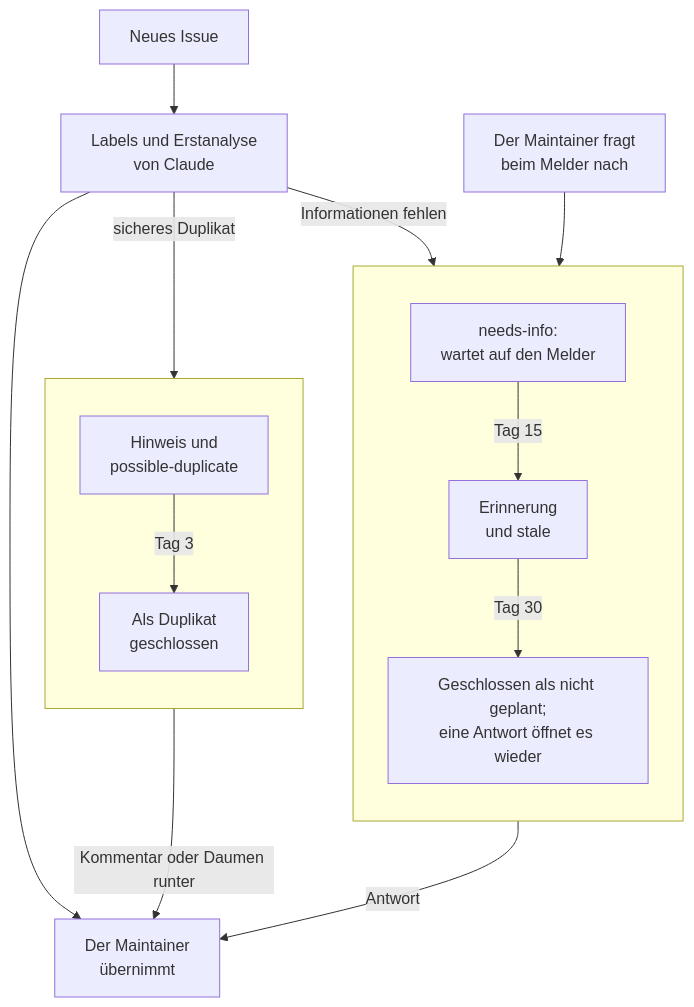
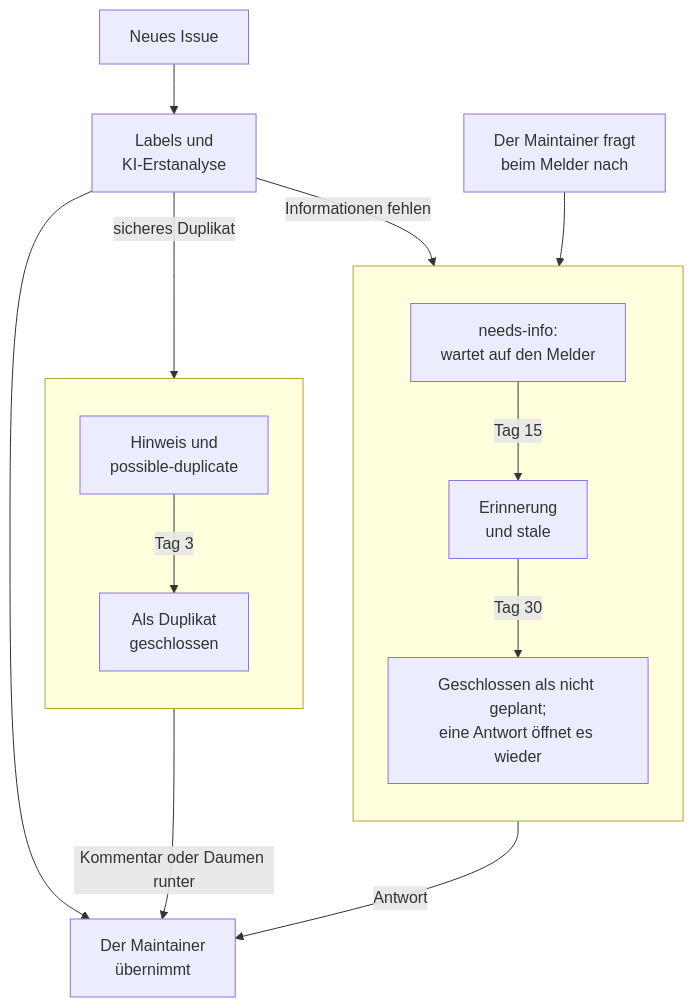
One commit to Dennis-Otto/ha-autodarts changed the diagram in docs/diagrams/issue-lifecycle.de.mmd. Above: the diagram before and after it, drawn with Mermaid. The commit also changed 18 other files, not shown here.

```diff
--- a/docs/diagrams/issue-lifecycle.de.mmd
+++ b/docs/diagrams/issue-lifecycle.de.mmd
@@ -1,17 +1,17 @@
 flowchart TB
-  NEW["Neues Issue"] --> AI["Labels und Erstanalyse<br/>von Claude"]
+  NEW["Neues Issue"] --> AI["Labels und<br/>KI-Erstanalyse"]
   AI --> MAINT["Der Maintainer<br/>übernimmt"]
   AI -- "Informationen fehlen" --> WAIT
   ASK["Der Maintainer fragt<br/>beim Melder nach"] --> WAIT
   subgraph LIFE[" "]
     direction TB
     WAIT["needs-info:<br/>wartet auf den Melder"] -- "Tag 15" --> REMIND["Erinnerung<br/>und stale"]
     REMIND -- "Tag 30" --> CLOSED["Geschlossen als nicht geplant;<br/>eine Antwort öffnet es wieder"]
   end
   LIFE -- "Antwort" --> MAINT
   AI -- "sicheres Duplikat" --> NOTICE
   subgraph DUPLICATES[" "]
     direction TB
     NOTICE["Hinweis und<br/>possible-duplicate"] -- "Tag 3" --> DUP["Als Duplikat<br/>geschlossen"]
   end
   NOTICE -- "Kommentar oder Daumen runter" --> MAINT
```
